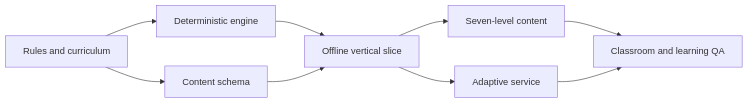
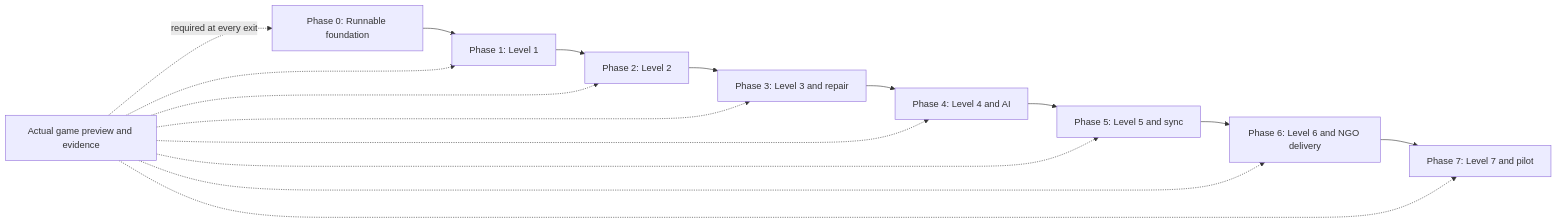
One commit to monabji/Pocket-town changed the diagram in phases.md. Above: the diagram before and after it, drawn with Mermaid. The commit also changed other lines of this file and 13 other files, not shown here.

Commit message:
Make Pocket Town English-only and deliver a level with each phase

````diff
--- a/phases.md
+++ b/phases.md
@@ -102,11 +158,18 @@
 ```mermaid
 flowchart LR
-    R[Rules and curriculum] --> E[Deterministic engine]
-    R --> C[Content schema]
-    E --> V[Offline vertical slice]
-    C --> V
-    V --> L[Seven-level content]
-    V --> A[Adaptive service]
-    L --> Q[Classroom and learning QA]
-    A --> Q
+    P0[Phase 0: Runnable foundation] --> P1[Phase 1: Level 1]
+    P1 --> P2[Phase 2: Level 2]
+    P2 --> P3[Phase 3: Level 3 and repair]
+    P3 --> P4[Phase 4: Level 4 and AI]
+    P4 --> P5[Phase 5: Level 5 and sync]
+    P5 --> P6[Phase 6: Level 6 and NGO delivery]
+    P6 --> P7[Phase 7: Level 7 and pilot]
+    V[Actual game preview and evidence] -. required at every exit .-> P0
+    V -.-> P1
+    V -.-> P2
+    V -.-> P3
+    V -.-> P4
+    V -.-> P5
+    V -.-> P6
+    V -.-> P7
 ```
````
